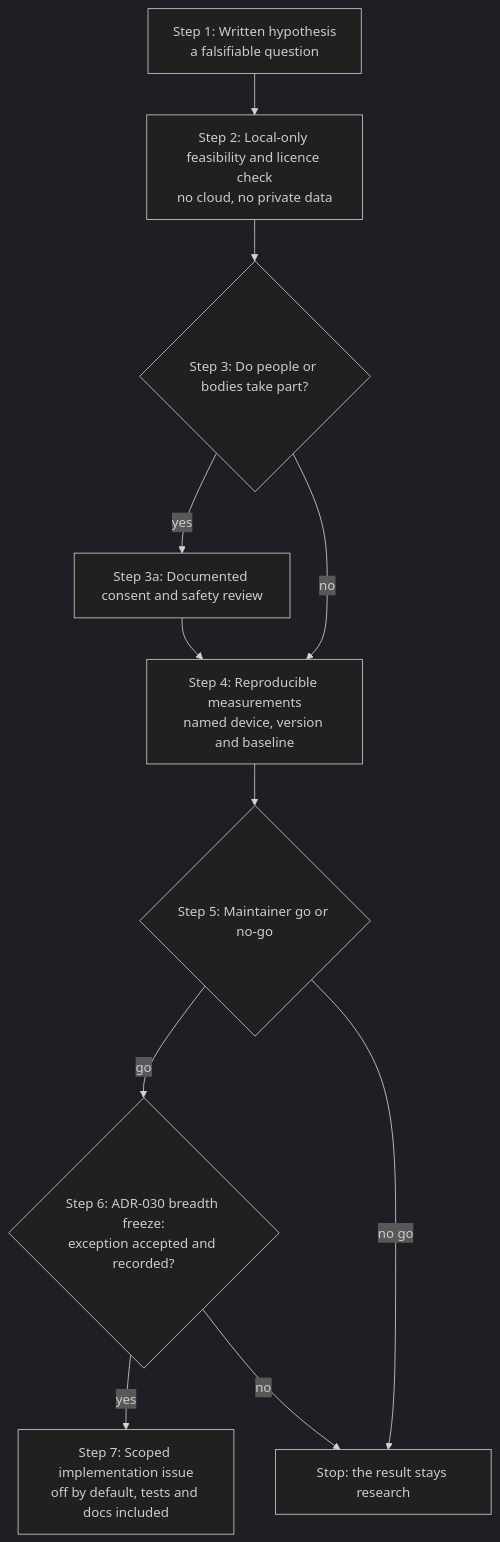
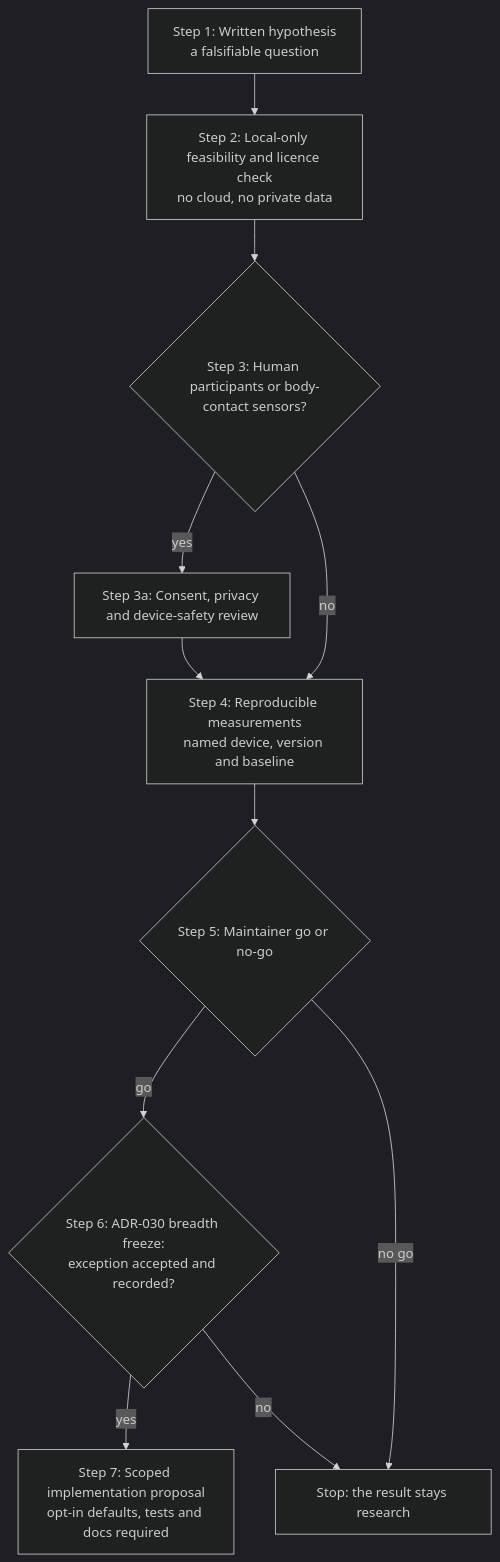
Before and after one commit to MSKazemi/yazses: the third of 3 diagrams in docs/roadmap.md, drawn with Mermaid (dark theme). The commit also changed other lines of this file, not shown here.

Commit message:
docs(roadmap): separate released, tested and conditional lanes in diagrams

````diff
--- a/docs/roadmap.md
+++ b/docs/roadmap.md
@@ -167,22 +187,22 @@
 ```mermaid
 flowchart TB
     A["Step 1: Written hypothesis<br/>a falsifiable question"]
     B["Step 2: Local-only feasibility and licence check<br/>no cloud, no private data"]
-    C{"Step 3: Do people or bodies take part?"}
-    D["Step 3a: Documented consent and safety review"]
+    C{"Step 3: Human participants or body-contact sensors?"}
+    D["Step 3a: Consent, privacy and device-safety review"]
     E["Step 4: Reproducible measurements<br/>named device, version and baseline"]
     F{"Step 5: Maintainer go or no-go"}
     G{"Step 6: ADR-030 breadth freeze:<br/>exception accepted and recorded?"}
-    H["Step 7: Scoped implementation issue<br/>off by default, tests and docs included"]
+    H["Step 7: Scoped implementation proposal<br/>opt-in defaults, tests and docs required"]
     Z["Stop: the result stays research"]
     A --> B
     B --> C
     C -->|"yes"| D
     C -->|"no"| E
     D --> E
     E --> F
     F -->|"go"| G
     F -->|"no go"| Z
     G -->|"yes"| H
     G -->|"no"| Z
 ```
````
